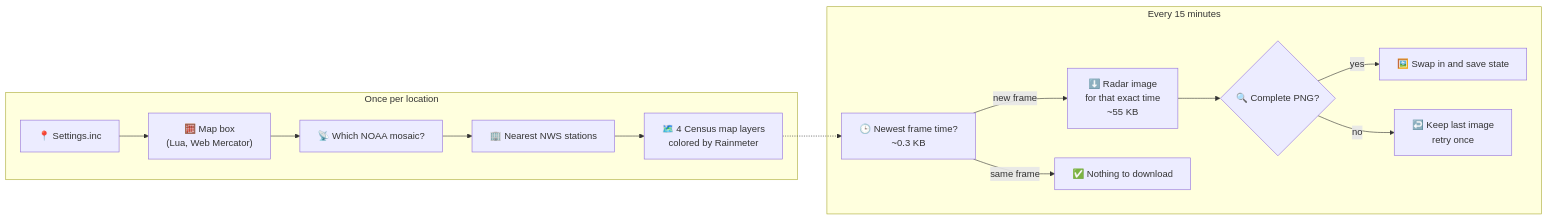
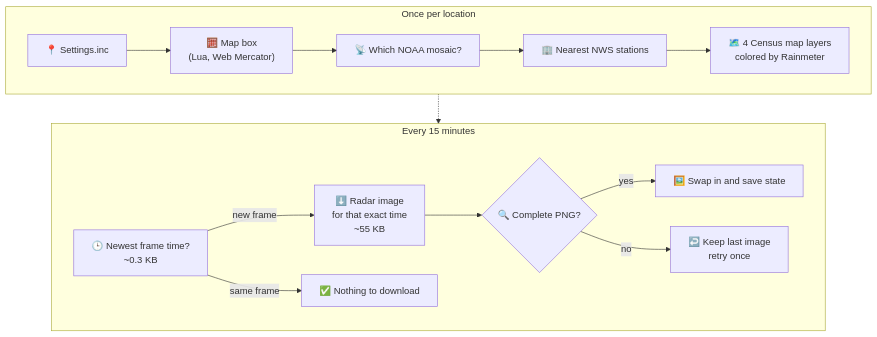
Before and after one commit to DabRig/Desktop-Weather-Radar: the diagram in README.md, drawn with Mermaid. The commit also changed other lines of this file and 2 other files, not shown here.

Commit message:
README polish: stacked flow chart, MIT detection, INI language
- Stack the two halves of the how-it-works chart so the text stays readable.
- Keep LICENSE as plain MIT so GitHub detects it (the data note lives in the README).
- Mark Rainmeter .inc/.ini files as INI for GitHub's language bar.

````diff
--- a/README.md
+++ b/README.md
@@ -177,17 +177,19 @@
 ```mermaid
-flowchart LR
+flowchart TB
     subgraph once["Once per location"]
+        direction LR
         S["📍 Settings.inc"] --> L["🧮 Map box<br/>(Lua, Web Mercator)"]
         L --> R["📡 Which NOAA mosaic?"]
         R --> N["🏢 Nearest NWS stations"]
         N --> M["🗺️ 4 Census map layers<br/>colored by Rainmeter"]
     end
     subgraph every["Every 15 minutes"]
+        direction LR
         Q["🕒 Newest frame time?<br/>~0.3 KB"] -->|new frame| D["⬇️ Radar image<br/>for that exact time<br/>~55 KB"]
         Q -->|same frame| K["✅ Nothing to download"]
         D --> V{"🔍 Complete PNG?"}
         V -->|yes| W["🖼️ Swap in and save state"]
         V -->|no| X["↩️ Keep last image<br/>retry once"]
     end
-    M -.-> Q
+    once -.-> every
 ```
````
